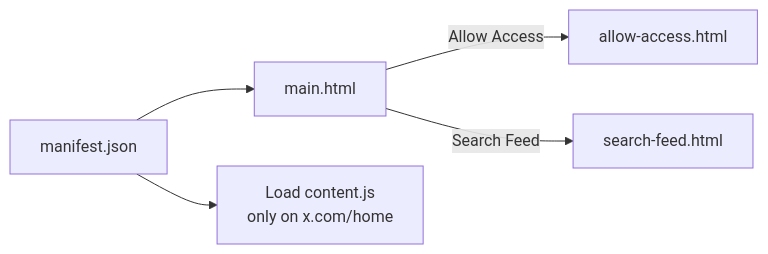
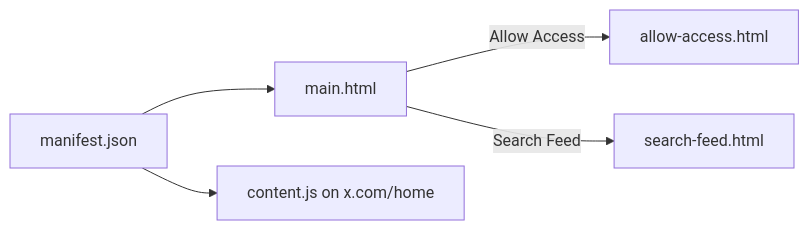
Before and after one commit to SidheshwarSarangal/X_feed_extension: the second of 10 diagrams in docs/workflows-and-api.md, drawn with Mermaid. The commit also changed other lines of this file and 8 other files, not shown here.

````diff
--- a/docs/workflows-and-api.md
+++ b/docs/workflows-and-api.md
@@ -50,7 +66,7 @@
 ```mermaid
 flowchart LR
     Manifest[manifest.json] --> Popup[main.html]
     Popup -->|Allow Access| Allow[allow-access.html]
     Popup -->|Search Feed| Search[search-feed.html]
-    Manifest --> Content[Load content.js<br/>only on x.com/home]
+    Manifest --> Content[content.js on x.com/home]
 ```
````
